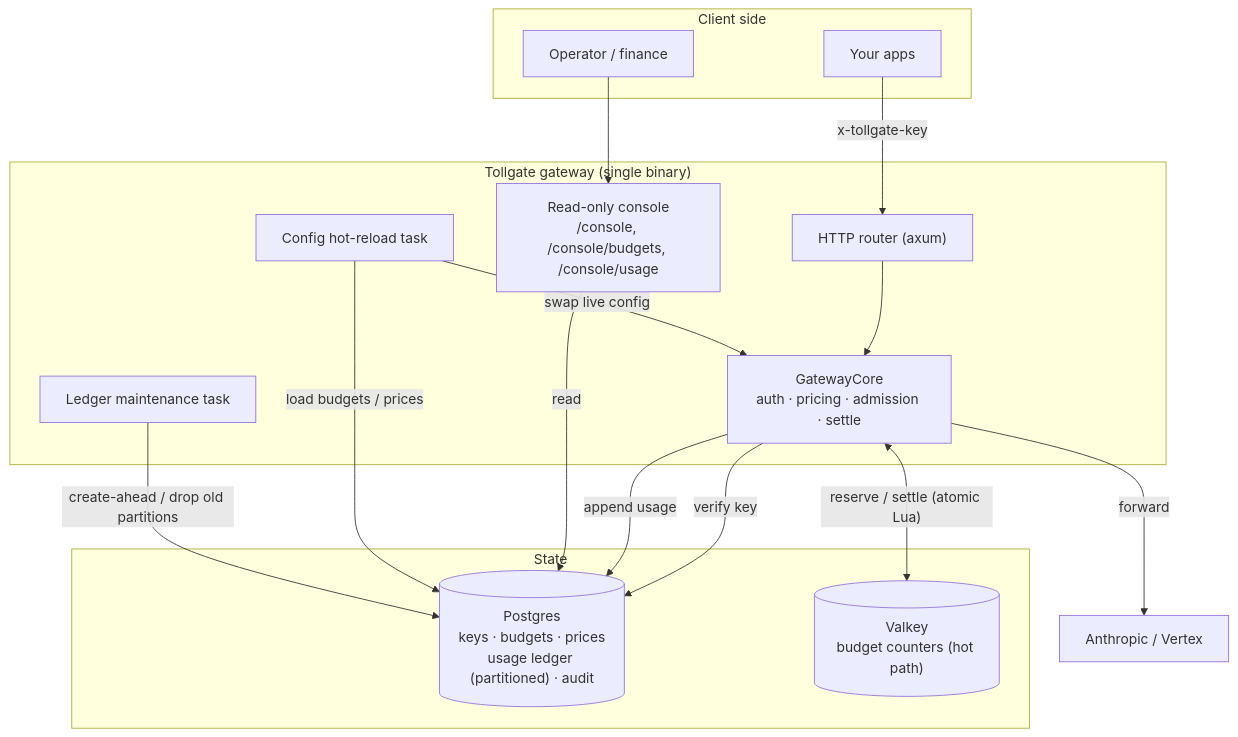
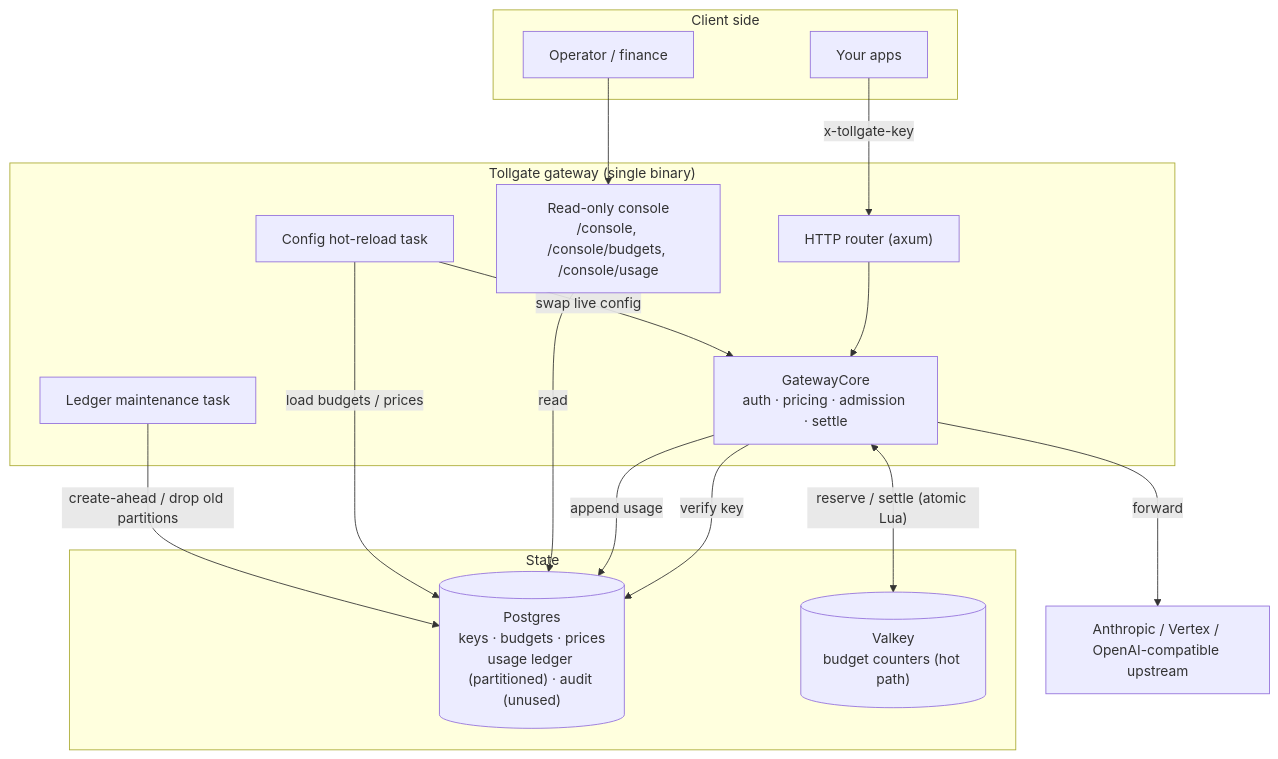
The first of 3 diagrams in docs/ARCHITECTURE.md (sakura-sky/tollgate), drawn with Mermaid before and after one commit. The commit also changed other lines of this file and 19 other files, not shown here.

````diff
--- a/docs/ARCHITECTURE.md
+++ b/docs/ARCHITECTURE.md
@@ -8,33 +8,33 @@
 ```mermaid
 flowchart TB
   subgraph client["Client side"]
     app["Your apps"]
     ops["Operator / finance"]
   end
 
   subgraph tollgate["Tollgate gateway (single binary)"]
     router["HTTP router (axum)"]
     core["GatewayCore<br/>auth · pricing · admission · settle"]
     console["Read-only console<br/>/console, /console/budgets, /console/usage"]
     reload["Config hot-reload task"]
     maint["Ledger maintenance task"]
   end
 
   subgraph state["State"]
-    pg[("Postgres<br/>keys · budgets · prices<br/>usage ledger (partitioned) · audit")]
+    pg[("Postgres<br/>keys · budgets · prices<br/>usage ledger (partitioned) · audit (unused)")]
     vk[("Valkey<br/>budget counters (hot path)")]
   end
 
-  prov["Anthropic / Vertex"]
+  prov["Anthropic / Vertex / OpenAI-compatible upstream"]
 
   app -->|"x-tollgate-key"| router --> core
   ops --> console
   core -->|"verify key"| pg
   core <-->|"reserve / settle (atomic Lua)"| vk
   core -->|"append usage"| pg
   core -->|"forward"| prov
   console -->|"read"| pg
   reload -->|"load budgets / prices"| pg
   reload -->|"swap live config"| core
   maint -->|"create-ahead / drop old partitions"| pg
 ```
````
